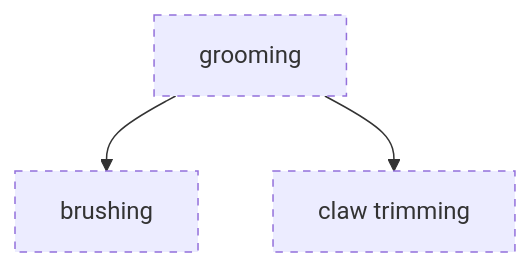
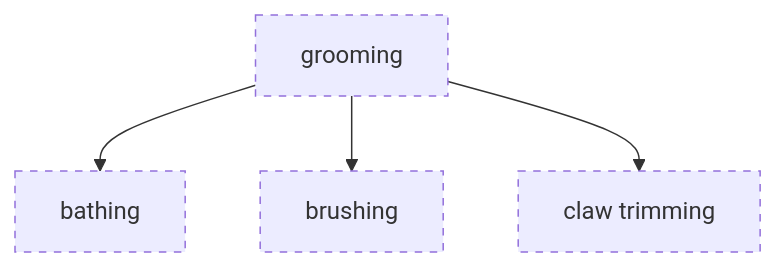
One commit to belaboros/DomainAiAssistant changed the fifth of 35 diagrams in data/ontology-pets-and-house-rules/03_release/00_raw/level-2.md. Above: the diagram before and after it, drawn with Mermaid. The commit also changed other lines of this file and 291 other files, not shown here.

````diff
--- a/data/ontology-pets-and-house-rules/03_release/00_raw/level-2.md
+++ b/data/ontology-pets-and-house-rules/03_release/00_raw/level-2.md
@@ -59,10 +78,12 @@
 ```mermaid
 flowchart TB
     classDef draft stroke-dasharray: 5 5
+    cn_01M82AWHXAYC5J29RJ6Y82HD42["bathing"]
     cn_01M82AEQW4JVCNX0WEDNNR61W1["brushing"]
     cn_01M82AEQW4JVCNX0WEDNNR61W2["claw trimming"]
     cn_01M82ACZDNRYXG7FZCA8KC7FD6["grooming"]
+    cn_01M82ACZDNRYXG7FZCA8KC7FD6 --> cn_01M82AWHXAYC5J29RJ6Y82HD42
     cn_01M82ACZDNRYXG7FZCA8KC7FD6 --> cn_01M82AEQW4JVCNX0WEDNNR61W1
     cn_01M82ACZDNRYXG7FZCA8KC7FD6 --> cn_01M82AEQW4JVCNX0WEDNNR61W2
-    class cn_01M82AEQW4JVCNX0WEDNNR61W1,cn_01M82AEQW4JVCNX0WEDNNR61W2,cn_01M82ACZDNRYXG7FZCA8KC7FD6 draft
+    class cn_01M82AWHXAYC5J29RJ6Y82HD42,cn_01M82AEQW4JVCNX0WEDNNR61W1,cn_01M82AEQW4JVCNX0WEDNNR61W2,cn_01M82ACZDNRYXG7FZCA8KC7FD6 draft
 ```
````
